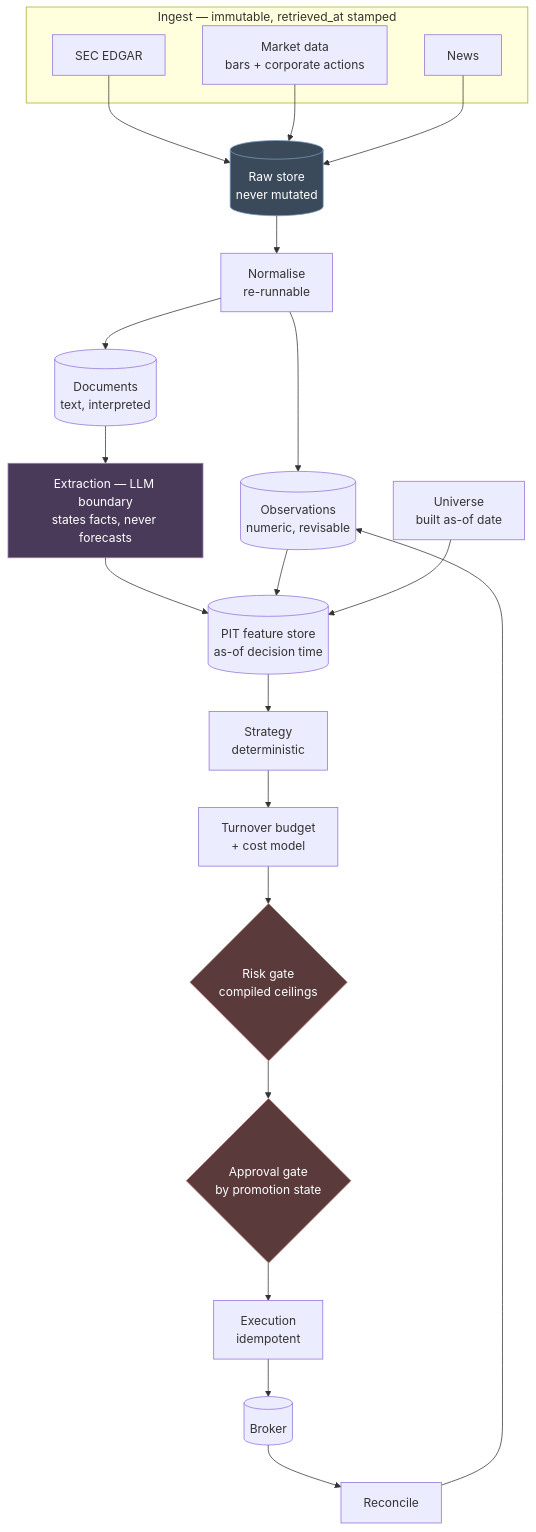
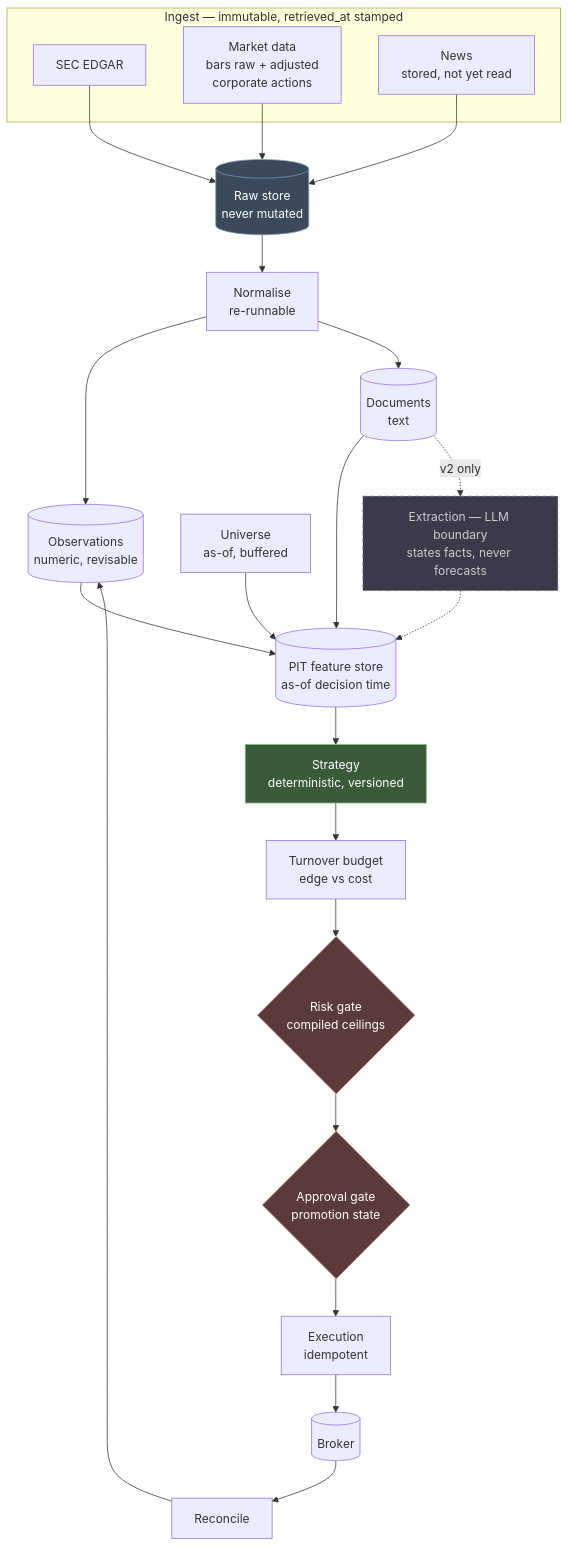
The diagram in ARCHITECTURE.md (quantumpolarbearllc/TradeBot-Docs), drawn with Mermaid before and after one commit. The commit also changed other lines of this file and 1 other file, not shown here.

First line of the commit message:
docs: resolve the five open questions; v1 ships model-free

````diff
--- a/ARCHITECTURE.md
+++ b/ARCHITECTURE.md
@@ -45,36 +62,37 @@
 ```mermaid
 flowchart TD
     subgraph ingest["Ingest — immutable, retrieved_at stamped"]
         A1[SEC EDGAR]
-        A2[Market data<br/>bars + corporate actions]
-        A3[News]
+        A2[Market data<br/>bars raw + adjusted<br/>corporate actions]
+        A3[News<br/>stored, not yet read]
     end
 
     A1 --> RAW[(Raw store<br/>never mutated)]
     A2 --> RAW
     A3 --> RAW
 
     RAW --> NORM[Normalise<br/>re-runnable]
+    NORM --> OBS[(Observations<br/>numeric, revisable)]
+    NORM --> DOC[(Documents<br/>text)]
 
-    NORM --> OBS[(Observations<br/>numeric, revisable)]
-    NORM --> DOC[(Documents<br/>text, interpreted)]
+    OBS --> FEAT[(PIT feature store<br/>as-of decision time)]
+    DOC --> FEAT
+    UNI[Universe<br/>as-of, buffered] --> FEAT
 
-    DOC --> EX["Extraction — LLM boundary<br/>states facts, never forecasts"]
-    EX --> FEAT
-    OBS --> FEAT[(PIT feature store<br/>as-of decision time)]
+    DOC -.v2 only.-> EX["Extraction — LLM boundary<br/>states facts, never forecasts"]
+    EX -.-> FEAT
 
-    UNI[Universe<br/>built as-of date] --> FEAT
-
-    FEAT --> STRAT[Strategy<br/>deterministic]
-    STRAT --> TURN[Turnover budget<br/>+ cost model]
+    FEAT --> STRAT[Strategy<br/>deterministic, versioned]
+    STRAT --> TURN[Turnover budget<br/>edge vs cost]
     TURN --> RISK{Risk gate<br/>compiled ceilings}
-    RISK --> APPR{Approval gate<br/>by promotion state}
+    RISK --> APPR{Approval gate<br/>promotion state}
     APPR --> EXEC[Execution<br/>idempotent]
     EXEC --> BROKER[(Broker)]
     BROKER --> RECON[Reconcile] --> OBS
 
-    style EX fill:#4a3a5a,stroke:#9a7aba,color:#fff
+    style EX fill:#3a3a4a,stroke:#7a7a9a,color:#ccc,stroke-dasharray: 5 5
     style RISK fill:#5a3a3a,stroke:#ba7a7a,color:#fff
     style APPR fill:#5a3a3a,stroke:#ba7a7a,color:#fff
     style RAW fill:#3a4a5a,stroke:#7a9aba,color:#fff
+    style STRAT fill:#3a5a3a,stroke:#7aba7a,color:#fff
 ```
````
